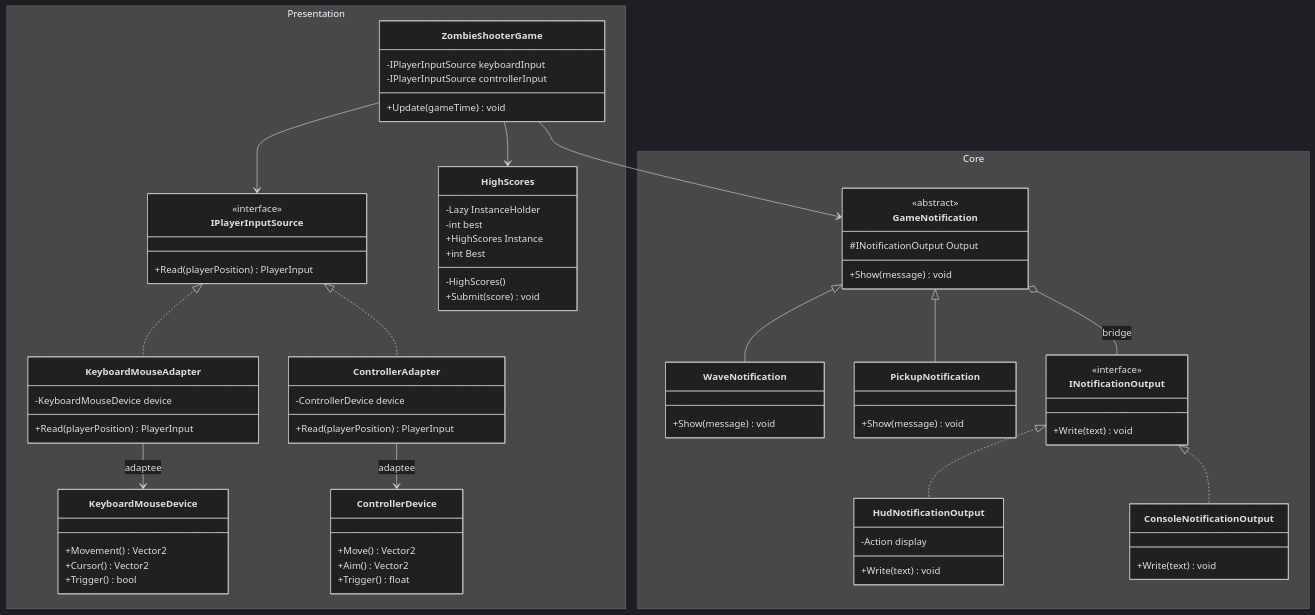
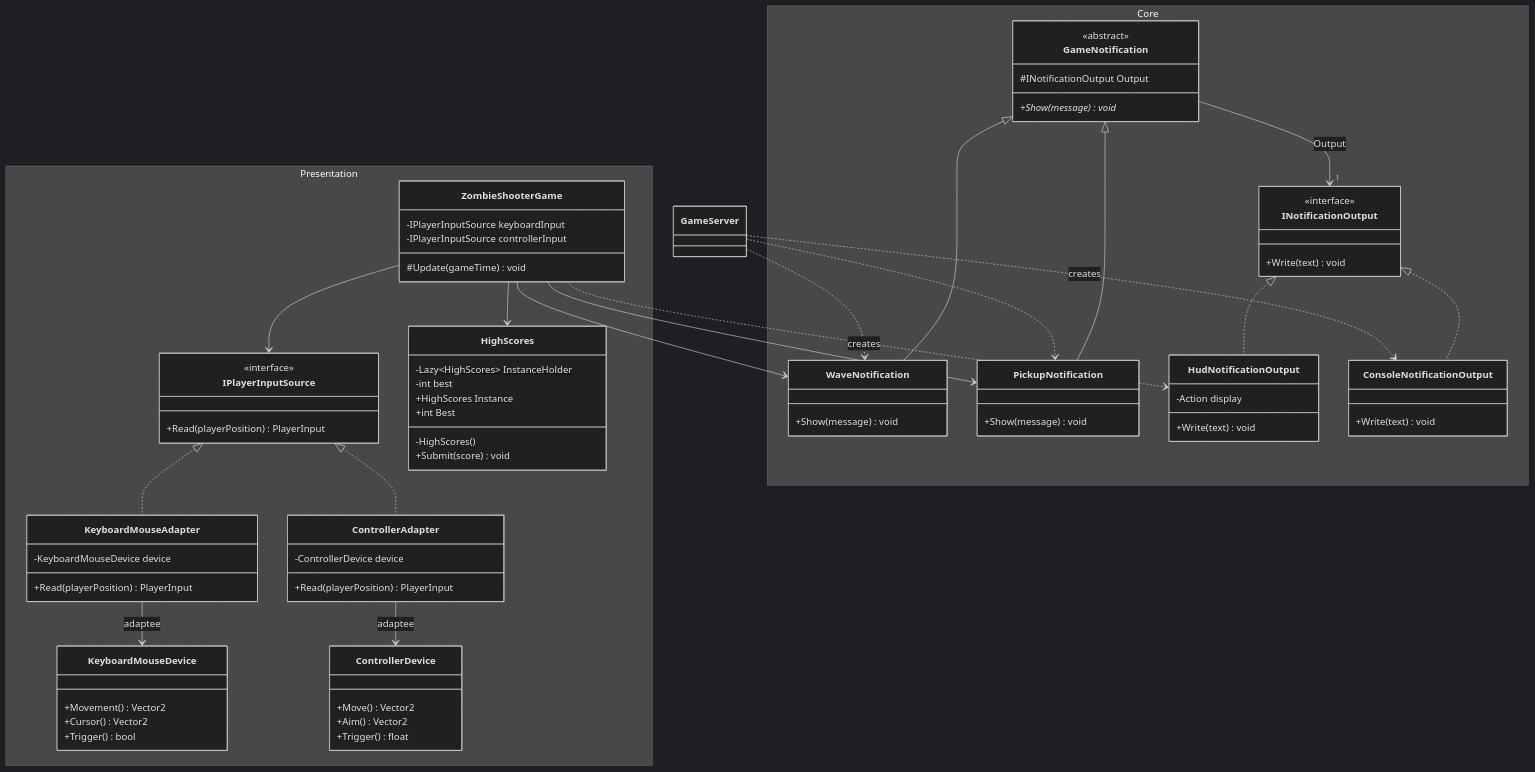
The fifth of 7 diagrams in docs/PROJEKTO_APRASAS.md (JuozasPetryla/ZombieShooter), drawn with Mermaid (dark theme) before and after one commit. The commit also changed other lines of this file and 5 other files, not shown here.

Commit message:
UML and shit

````diff
--- a/docs/PROJEKTO_APRASAS.md
+++ b/docs/PROJEKTO_APRASAS.md
@@ -733,76 +843,81 @@
 ```mermaid
 classDiagram
 namespace Presentation {
   class IPlayerInputSource {
     <<interface>>
     +Read(playerPosition) PlayerInput
   }
   class KeyboardMouseAdapter {
     -KeyboardMouseDevice device
     +Read(playerPosition) PlayerInput
   }
   class KeyboardMouseDevice {
     +Movement() Vector2
     +Cursor() Vector2
     +Trigger() bool
   }
   class ControllerAdapter {
     -ControllerDevice device
     +Read(playerPosition) PlayerInput
   }
   class ControllerDevice {
     +Move() Vector2
     +Aim() Vector2
     +Trigger() float
   }
   class HighScores {
-    -Lazy InstanceHolder
+    -Lazy~HighScores~ InstanceHolder$
     -int best
-    +HighScores Instance
+    +HighScores Instance$
     +int Best
     -HighScores()
     +Submit(score) void
   }
   class ZombieShooterGame {
     -IPlayerInputSource keyboardInput
     -IPlayerInputSource controllerInput
-    +Update(gameTime) void
+    #Update(gameTime) void
   }
 }
 namespace Core {
   class GameNotification {
     <<abstract>>
     #INotificationOutput Output
-    +Show(message) void
+    +Show(message) void*
   }
   class WaveNotification {
     +Show(message) void
   }
   class PickupNotification {
     +Show(message) void
   }
   class INotificationOutput {
     <<interface>>
     +Write(text) void
   }
   class HudNotificationOutput {
     -Action display
     +Write(text) void
   }
   class ConsoleNotificationOutput {
     +Write(text) void
   }
 }
 IPlayerInputSource <|.. KeyboardMouseAdapter
 IPlayerInputSource <|.. ControllerAdapter
 KeyboardMouseAdapter --> KeyboardMouseDevice : adaptee
 ControllerAdapter --> ControllerDevice : adaptee
 ZombieShooterGame --> IPlayerInputSource
 ZombieShooterGame --> HighScores
-ZombieShooterGame --> GameNotification
-GameNotification o-- INotificationOutput : bridge
+ZombieShooterGame --> WaveNotification
+ZombieShooterGame --> PickupNotification
+ZombieShooterGame ..> HudNotificationOutput : creates
+GameServer ..> WaveNotification
+GameServer ..> PickupNotification
+GameServer ..> ConsoleNotificationOutput : creates
+GameNotification --> "1" INotificationOutput : Output
 GameNotification <|-- WaveNotification
 GameNotification <|-- PickupNotification
 INotificationOutput <|.. HudNotificationOutput
 INotificationOutput <|.. ConsoleNotificationOutput
 ```
````
